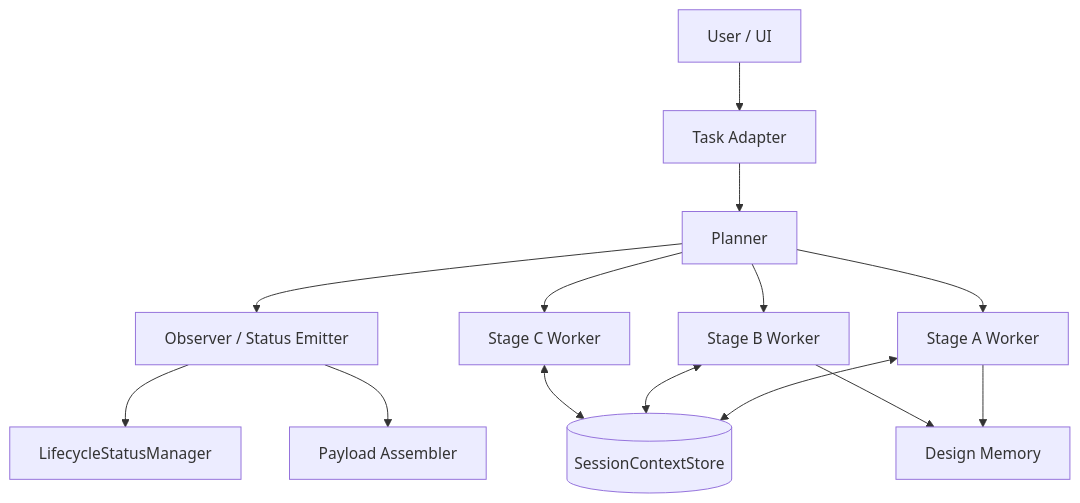
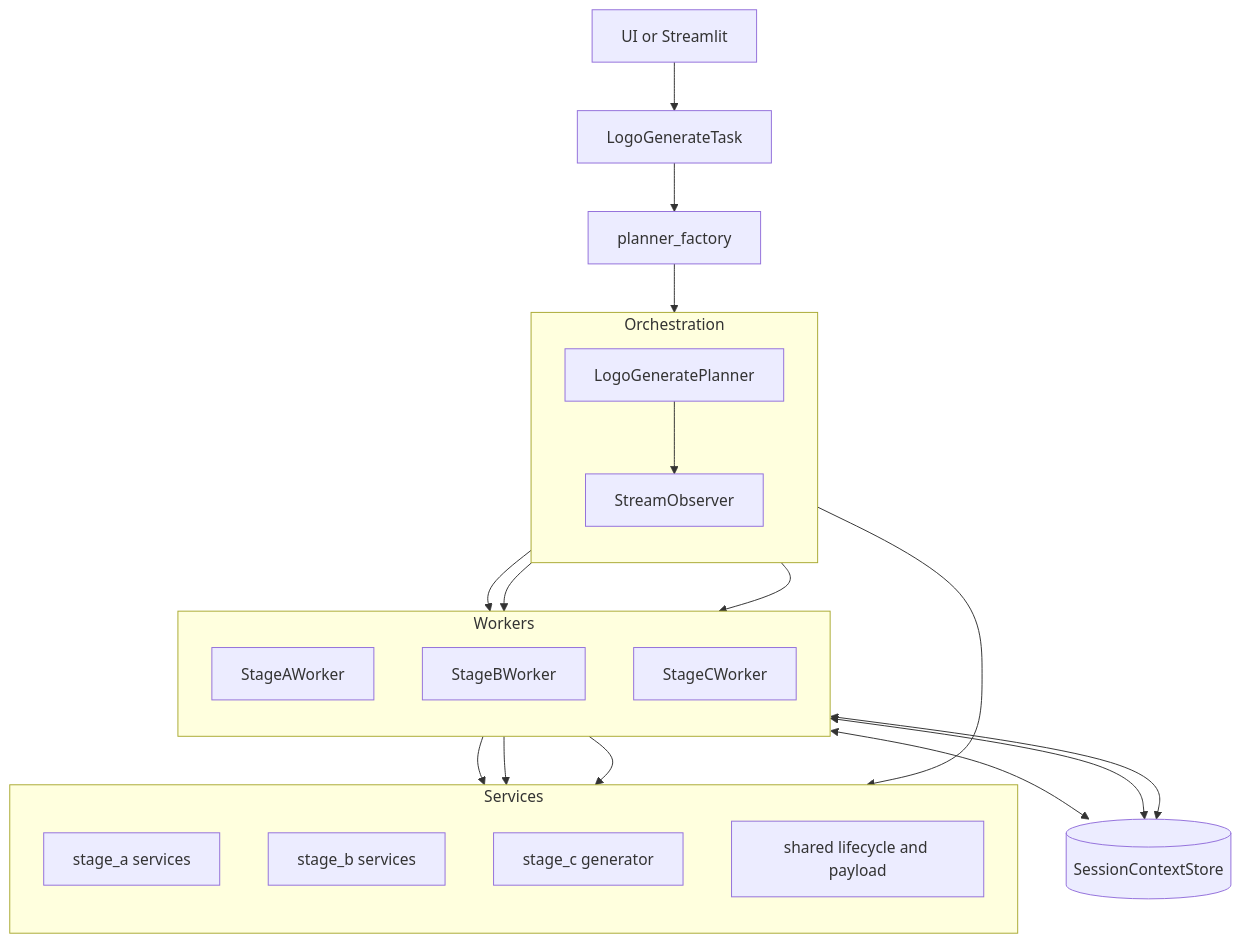
The diagram in tech.md (Ne4nf/Agent-Memory), drawn with Mermaid before and after one commit. The commit also changed other lines of this file, not shown here.

````diff
--- a/tech.md
+++ b/tech.md
@@ -318,19 +44,38 @@
 ```mermaid
 flowchart TD
-  U[User / UI] --> T[Task Adapter]
-  T --> P[Planner]
-  P --> O[Observer / Status Emitter]
-  P --> W1[Stage A Worker]
-  P --> W2[Stage B Worker]
-  P --> W3[Stage C Worker]
+  UI[UI or Streamlit] --> T[LogoGenerateTask]
+  T --> PF[planner_factory]
+  PF --> P[LogoGeneratePlanner]
 
-  W1 <--> S[(SessionContextStore)]
-  W2 <--> S
-  W3 <--> S
+  subgraph ORC[Orchestration]
+    direction TB
+    P
+    O[StreamObserver]
+  end
 
-  W1 --> D[Design Memory]
-  W2 --> D
+  subgraph W[Workers]
+    direction TB
+    WA[StageAWorker]
+    WB[StageBWorker]
+    WC[StageCWorker]
+  end
 
-  O --> LS[LifecycleStatusManager]
-  O --> PA[Payload Assembler]
+  subgraph S[Services]
+    direction TB
+    SA[stage_a services]
+    SB[stage_b services]
+    SC[stage_c generator]
+    SH[shared lifecycle and payload]
+  end
+
+  SS[(SessionContextStore)]
+
+  P --> O --> SH
+  P --> WA --> SA
+  P --> WB --> SB
+  P --> WC --> SC
+
+  WA <--> SS
+  WB <--> SS
+  WC <--> SS
 ```
````
